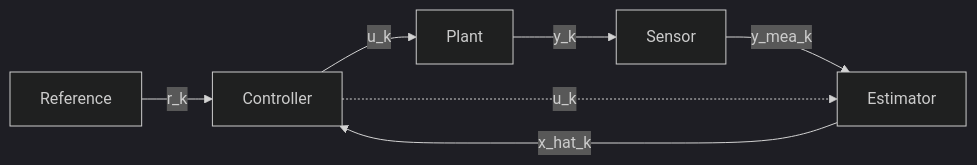
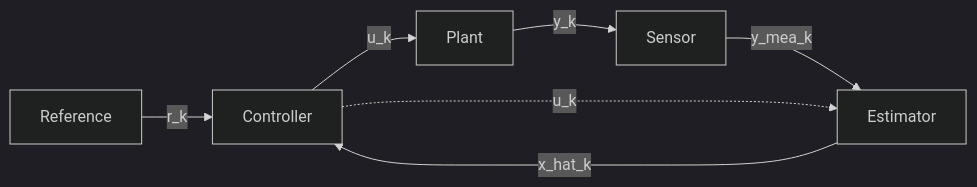
Before and after one commit to maxi-fr/simulate: the diagram in README.md, drawn with Mermaid (dark theme). The commit also changed other lines of this file, not shown here.

````diff
--- a/README.md
+++ b/README.md
@@ -33,9 +33,17 @@
 ```mermaid
 graph LR
+    %% Forward path (Left to Right)
     Ref[Reference] -->|r_k| C[Controller]
     C -->|u_k| P[Plant]
+
+    %% Feedback path (Right to Left, underneath)
     P -->|y_k| S[Sensor]
     S -->|y_mea_k| E[Estimator]
     E -->|x_hat_k| C
+
     C -.->|u_k| E
+
+    %% Invisible links to force vertical alignment into columns
+    C ~~~ E
+    P ~~~ S
 ```
````
